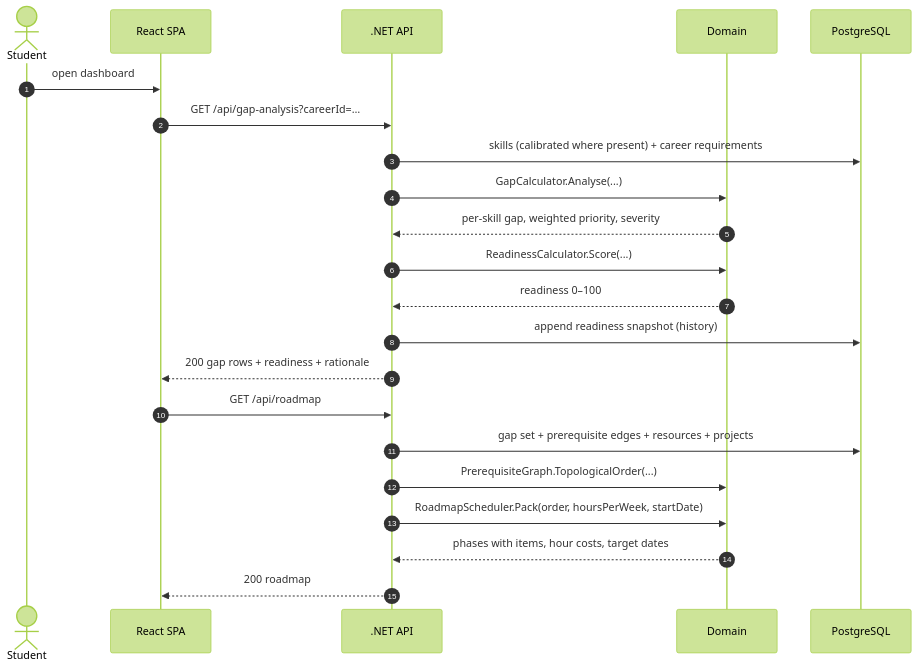
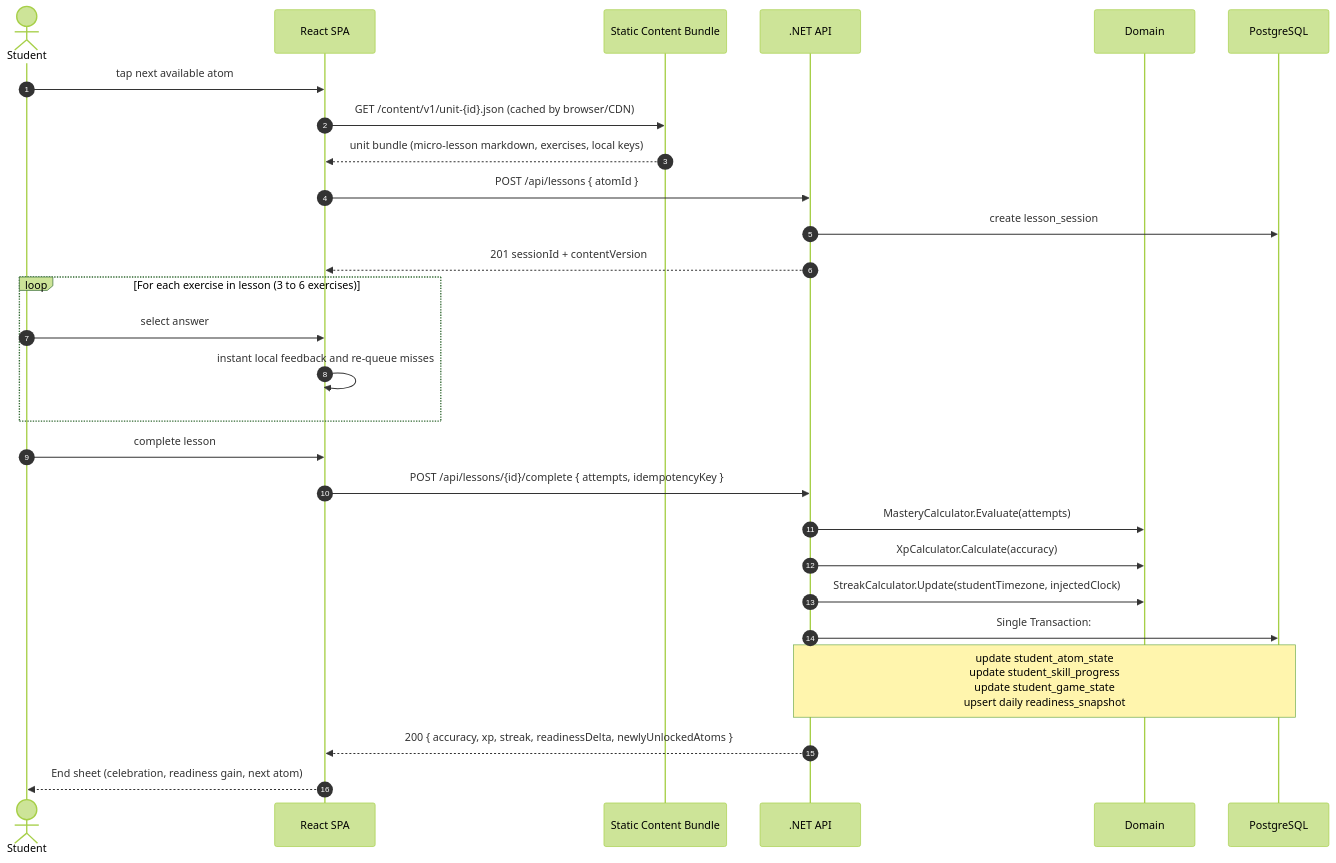
The sixth of 8 diagrams in docs/03-architecture.md (Masar-SCU/Masar), drawn with Mermaid (forest theme) before and after one commit. The commit also changed other lines of this file and 26 other files, not shown here.

First line of the commit message:
docs: master specification revision for atomic roadmap and defect fixes

````diff
--- a/docs/03-architecture.md
+++ b/docs/03-architecture.md
@@ -311,26 +278,32 @@
 ```mermaid
 sequenceDiagram
     autonumber
     actor S as Student
     participant W as React SPA
+    participant C as Static Content Bundle
     participant A as .NET API
     participant D as Domain
     participant DB as PostgreSQL
 
-    S->>W: open dashboard
-    W->>A: GET /api/gap-analysis?careerId=…
-    A->>DB: skills (calibrated where present) + career requirements
-    A->>D: GapCalculator.Analyse(...)
-    D-->>A: per-skill gap, weighted priority, severity
-    A->>D: ReadinessCalculator.Score(...)
-    D-->>A: readiness 0–100
-    A->>DB: append readiness snapshot (history)
-    A-->>W: 200  gap rows + readiness + rationale
+    S->>W: tap next available atom
+    W->>C: GET /content/v1/unit-{id}.json (cached by browser/CDN)
+    C-->>W: unit bundle (micro-lesson markdown, exercises, local keys)
+    W->>A: POST /api/lessons { atomId }
+    A->>DB: create lesson_session
+    A-->>W: 201 sessionId + contentVersion
 
-    W->>A: GET /api/roadmap
-    A->>DB: gap set + prerequisite edges + resources + projects
-    A->>D: PrerequisiteGraph.TopologicalOrder(...)
-    A->>D: RoadmapScheduler.Pack(order, hoursPerWeek, startDate)
-    D-->>A: phases with items, hour costs, target dates
-    A-->>W: 200  roadmap
+    loop For each exercise in lesson (3 to 6 exercises)
+        S->>W: select answer
+        W->>W: instant local feedback and re-queue misses
+    end
+
+    S->>W: complete lesson
+    W->>A: POST /api/lessons/{id}/complete { attempts, idempotencyKey }
+    A->>D: MasteryCalculator.Evaluate(attempts)
+    A->>D: XpCalculator.Calculate(accuracy)
+    A->>D: StreakCalculator.Update(studentTimezone, injectedClock)
+    A->>DB: Single Transaction:
+    Note over A,DB: update student_atom_state<br/>update student_skill_progress<br/>update student_game_state<br/>upsert daily readiness_snapshot
+    A-->>W: 200 { accuracy, xp, streak, readinessDelta, newlyUnlockedAtoms }
+    W-->>S: End sheet (celebration, readiness gain, next atom)
 ```
````
